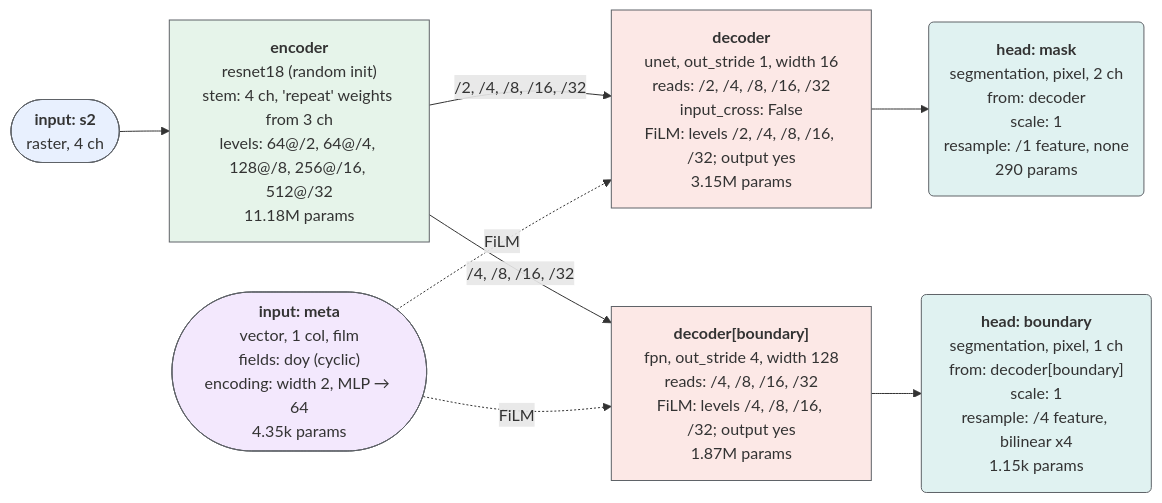
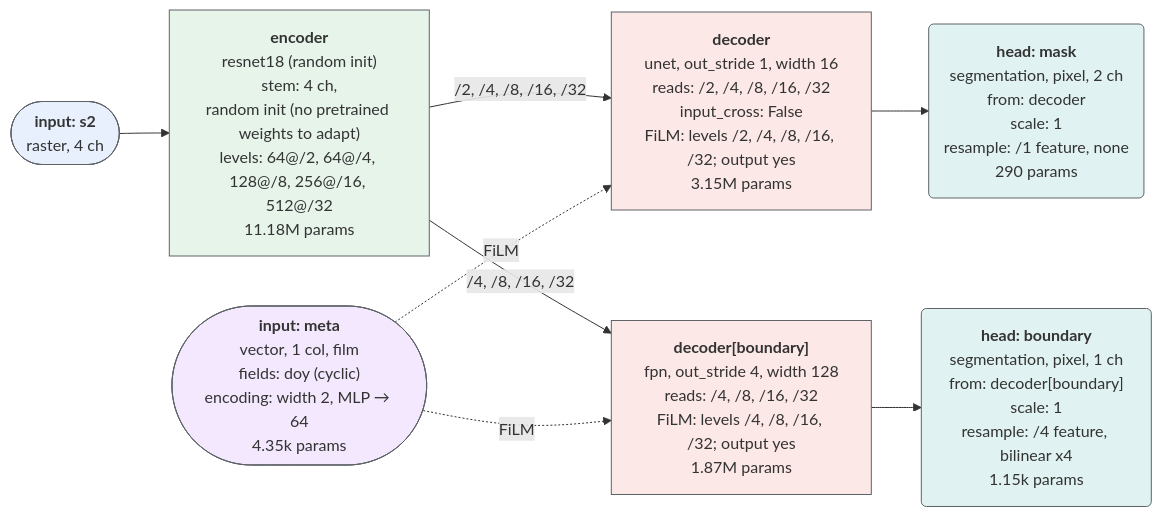
Before and after one commit to DPIRD-DMA/ManySeg: the diagram in docs/api_design.md, drawn with Mermaid. The commit also changed other lines of this file and 41 other files, not shown here.

````diff
--- a/docs/api_design.md
+++ b/docs/api_design.md
@@ -740,29 +744,29 @@
 ```mermaid
 flowchart LR
   in_s2(["<b>input: s2</b><br/>raster, 4 ch"])
   in_meta(["<b>input: meta</b><br/>vector, 1 col, film<br/>fields: doy (cyclic)<br/>encoding: width 2, MLP → 64<br/>4.35k params"])
-  enc["<b>encoder</b><br/>resnet18 (random init)<br/>stem: 4 ch, 'repeat' weights from 3 ch<br/>levels: 64@/2, 64@/4, 128@/8, 256@/16, 512@/32<br/>11.18M params"]
+  enc["<b>encoder</b><br/>resnet18 (random init)<br/>stem: 4 ch,<br/>random init (no pretrained weights to adapt)<br/>levels: 64@/2, 64@/4, 128@/8, 256@/16, 512@/32<br/>11.18M params"]
   dec_decoder["<b>decoder</b><br/>unet, out_stride 1, width 16<br/>reads: /2, /4, /8, /16, /32<br/>input_cross: False<br/>FiLM: levels /2, /4, /8, /16, /32; output yes<br/>3.15M params"]
   dec_task_boundary["<b>decoder[boundary]</b><br/>fpn, out_stride 4, width 128<br/>reads: /4, /8, /16, /32<br/>FiLM: levels /4, /8, /16, /32; output yes<br/>1.87M params"]
   head_mask("<b>head: mask</b><br/>segmentation, pixel, 2 ch<br/>from: decoder<br/>scale: 1<br/>resample: /1 feature, none<br/>290 params")
   head_boundary("<b>head: boundary</b><br/>segmentation, pixel, 1 ch<br/>from: decoder[boundary]<br/>scale: 1<br/>resample: /4 feature, bilinear x4<br/>1.15k params")
   in_s2 --> enc
   enc -->|/2, /4, /8, /16, /32| dec_decoder
   enc -->|/4, /8, /16, /32| dec_task_boundary
   dec_decoder --> head_mask
   dec_task_boundary --> head_boundary
   in_meta -.->|FiLM| dec_decoder
   in_meta -.->|FiLM| dec_task_boundary
   classDef input fill:#e8f0fe,stroke:#5f6368
   classDef encoder fill:#e6f4ea,stroke:#5f6368
   classDef decoder fill:#fce8e6,stroke:#5f6368
   classDef head fill:#e0f2f1,stroke:#5f6368
   classDef vector fill:#f3e8fd,stroke:#5f6368
   class in_s2 input
   class in_meta vector
   class enc encoder
   class dec_decoder decoder
   class dec_task_boundary decoder
   class head_mask head
   class head_boundary head
 ```
````
